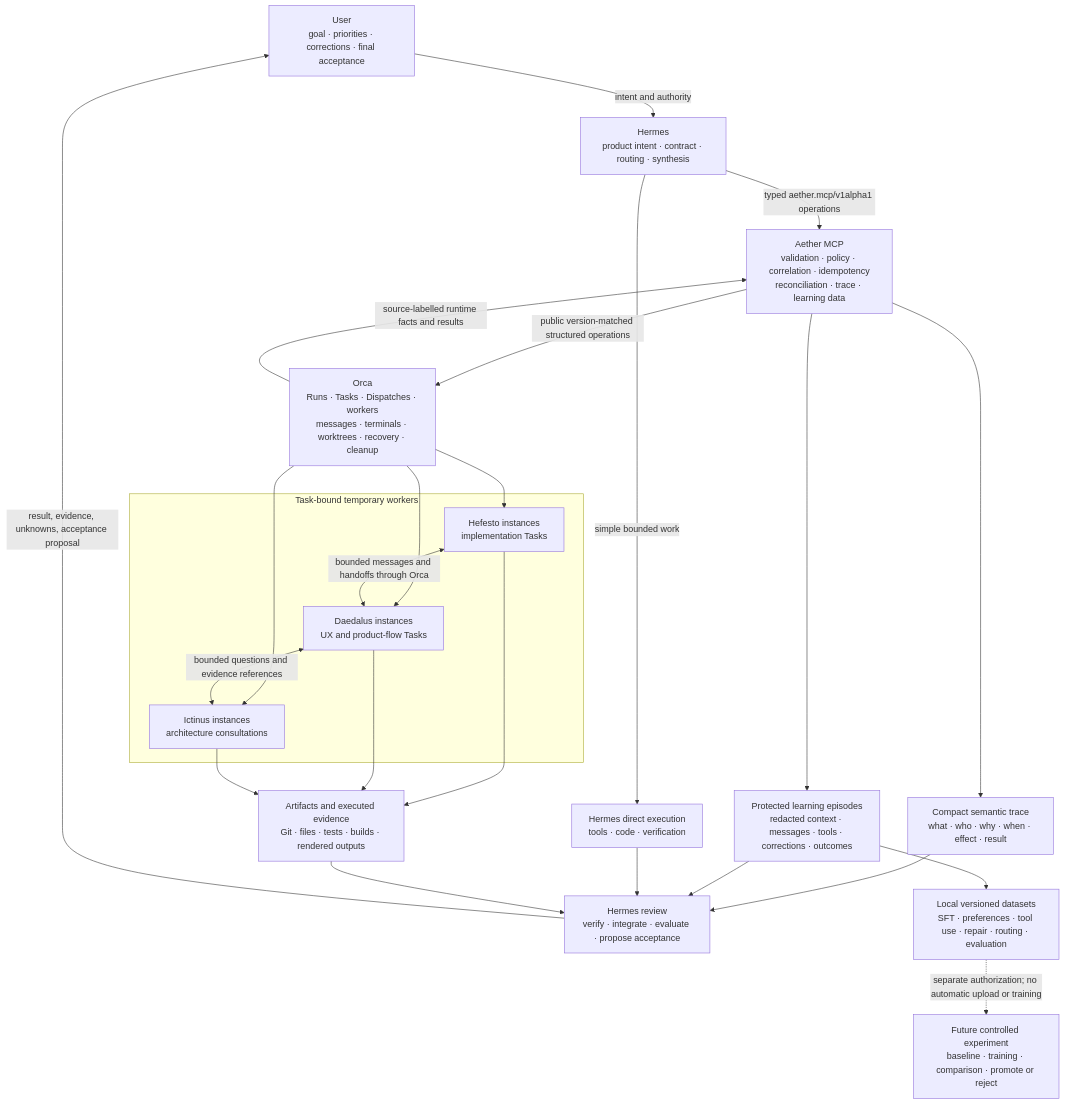
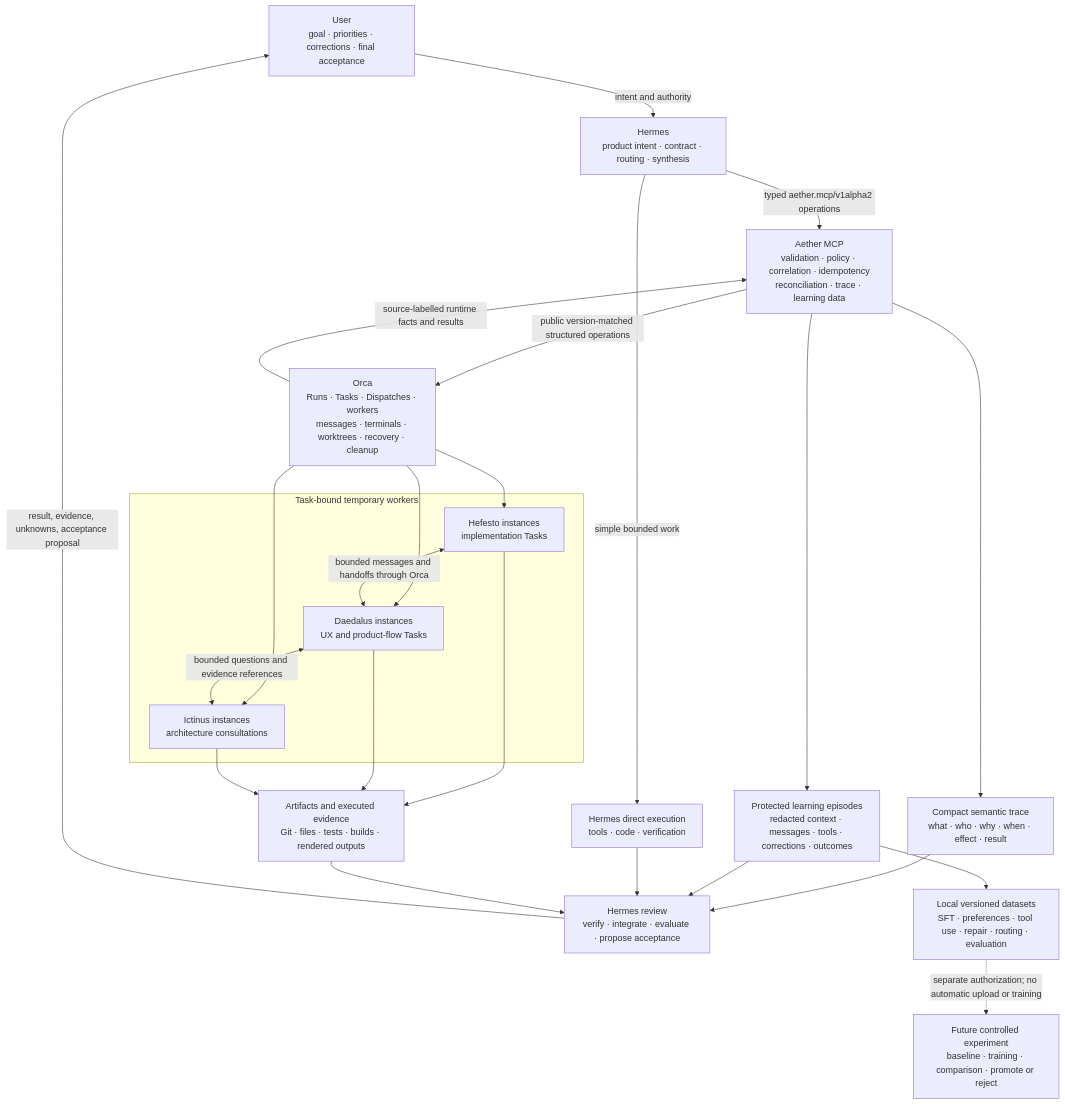
One commit to DarkArty07/Aether-Agents changed the diagram in docs/architecture/AETHER_MCP.md. Above: the diagram before and after it, drawn with Mermaid. The commit also changed other lines of this file and 11 other files, not shown here.

Commit message:
feat: define adaptive MCP v1alpha2 contract

````diff
--- a/docs/architecture/AETHER_MCP.md
+++ b/docs/architecture/AETHER_MCP.md
@@ -61,44 +61,44 @@
 ```mermaid
 flowchart TB
     U["User<br/>goal · priorities · corrections · final acceptance"]
     H["Hermes<br/>product intent · contract · routing · synthesis"]
     D["Hermes direct execution<br/>tools · code · verification"]
     A["Aether MCP<br/>validation · policy · correlation · idempotency<br/>reconciliation · trace · learning data"]
     O["Orca<br/>Runs · Tasks · Dispatches · workers<br/>messages · terminals · worktrees · recovery · cleanup"]
 
     subgraph W["Task-bound temporary workers"]
         HF["Hefesto instances<br/>implementation Tasks"]
         DA["Daedalus instances<br/>UX and product-flow Tasks"]
         IC["Ictinus instances<br/>architecture consultations"]
     end
 
     AR["Artifacts and executed evidence<br/>Git · files · tests · builds · rendered outputs"]
     R["Hermes review<br/>verify · integrate · evaluate · propose acceptance"]
     ST["Compact semantic trace<br/>what · who · why · when · effect · result"]
     LE["Protected learning episodes<br/>redacted context · messages · tools · corrections · outcomes"]
     DS["Local versioned datasets<br/>SFT · preferences · tool use · repair · routing · evaluation"]
     FT["Future controlled experiment<br/>baseline · training · comparison · promote or reject"]
 
     U -->|"intent and authority"| H
     H -->|"simple bounded work"| D
-    H -->|"typed aether.mcp/v1alpha1 operations"| A
+    H -->|"typed aether.mcp/v1alpha2 operations"| A
     A -->|"public version-matched structured operations"| O
     O --> HF
     O --> DA
     O --> IC
     HF <-->|"bounded messages and handoffs through Orca"| DA
     DA <-->|"bounded questions and evidence references"| IC
     HF --> AR
     DA --> AR
     IC --> AR
     O -->|"source-labelled runtime facts and results"| A
     A --> ST
     A --> LE
     ST --> R
     LE --> R
     D --> R
     AR --> R
     R -->|"result, evidence, unknowns, acceptance proposal"| U
     LE --> DS
     DS -. "separate authorization; no automatic upload or training" .-> FT
 ```
````
